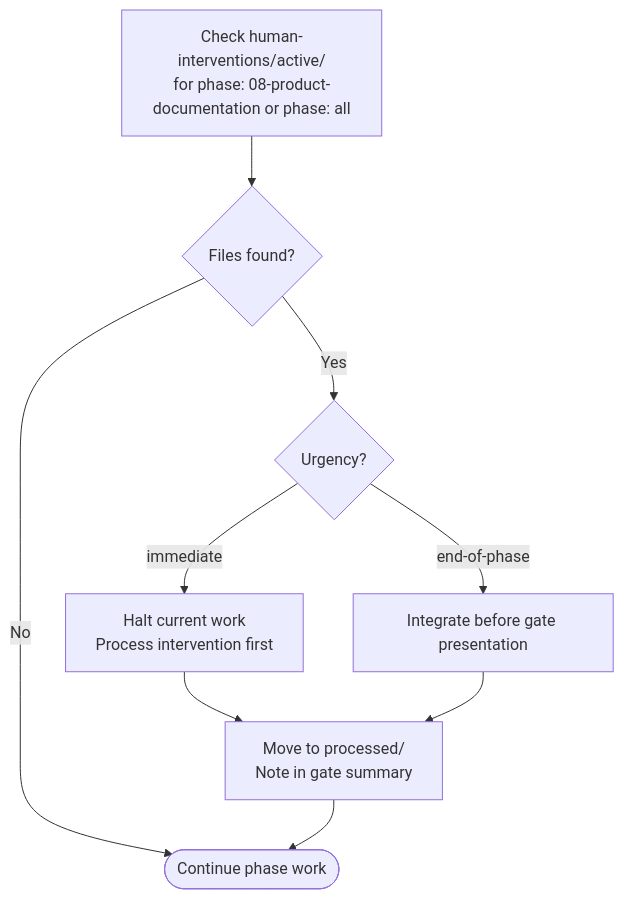
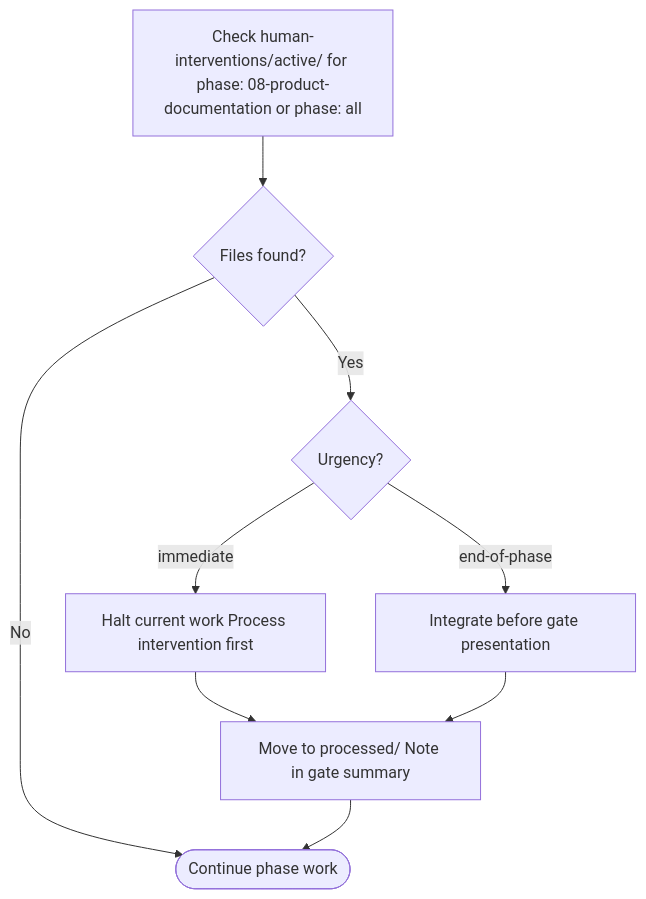
One commit to ivanyeors/product-agentic-templates changed the second of 2 diagrams in .cursor/skills/08-product-documentation/SKILL.md. Above: the diagram before and after it, drawn with Mermaid. The commit also changed other lines of this file and 39 other files, not shown here.

````diff
--- a/.cursor/skills/08-product-documentation/SKILL.md
+++ b/.cursor/skills/08-product-documentation/SKILL.md
@@ -172,11 +172,11 @@
 ```mermaid
 flowchart TD
-    check[Check human-interventions/active/\nfor phase: 08-product-documentation or phase: all] --> found{Files found?}
+    check[Check human-interventions/active/ for phase: 08-product-documentation or phase: all] --> found{Files found?}
     found -->|No| proceed([Continue phase work])
     found -->|Yes| urgency{Urgency?}
-    urgency -->|immediate| halt[Halt current work\nProcess intervention first]
+    urgency -->|immediate| halt[Halt current work Process intervention first]
     urgency -->|end-of-phase| queue[Integrate before gate presentation]
-    halt --> archive[Move to processed/\nNote in gate summary]
+    halt --> archive[Move to processed/ Note in gate summary]
     queue --> archive
     archive --> proceed
 ```
````
